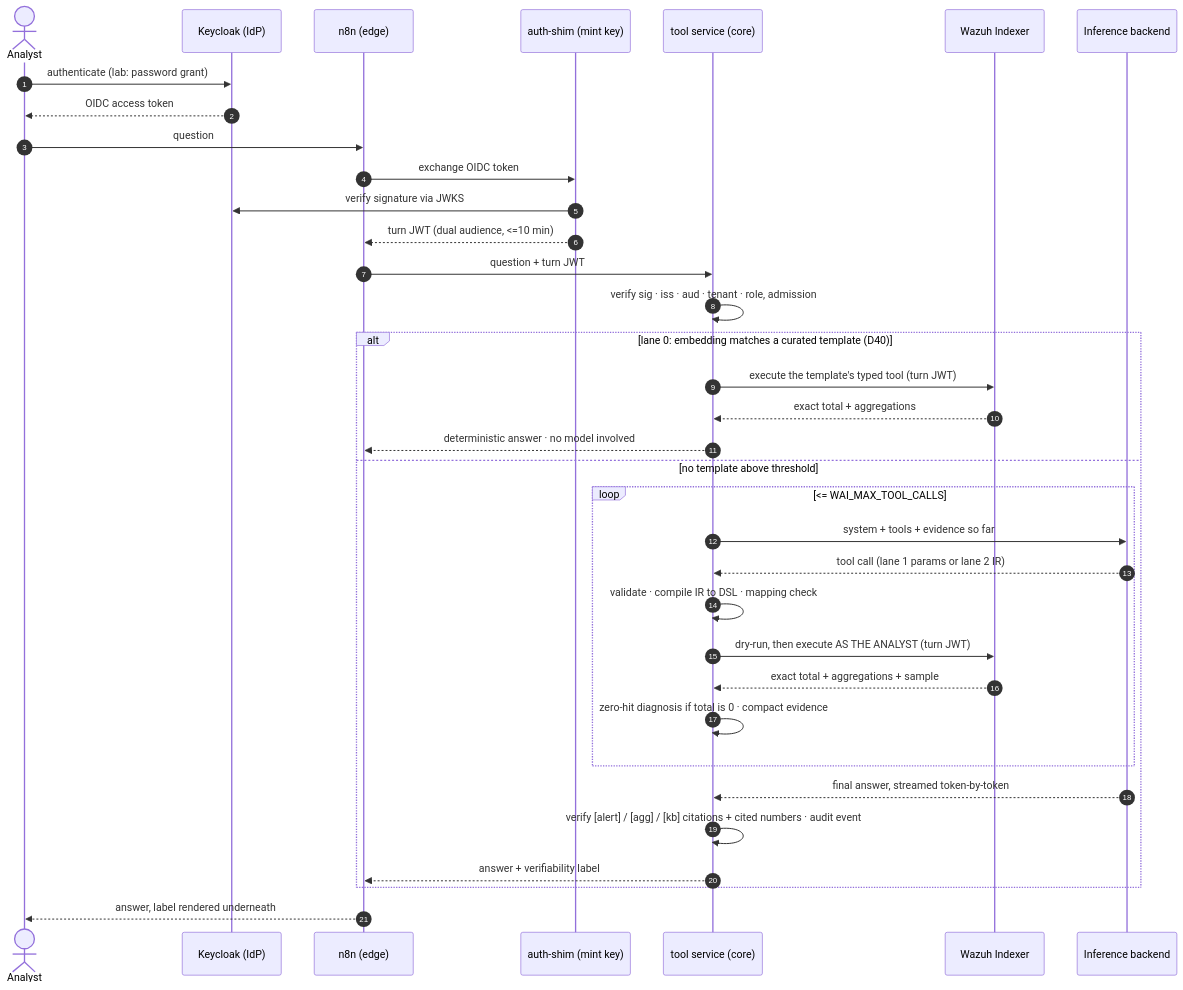
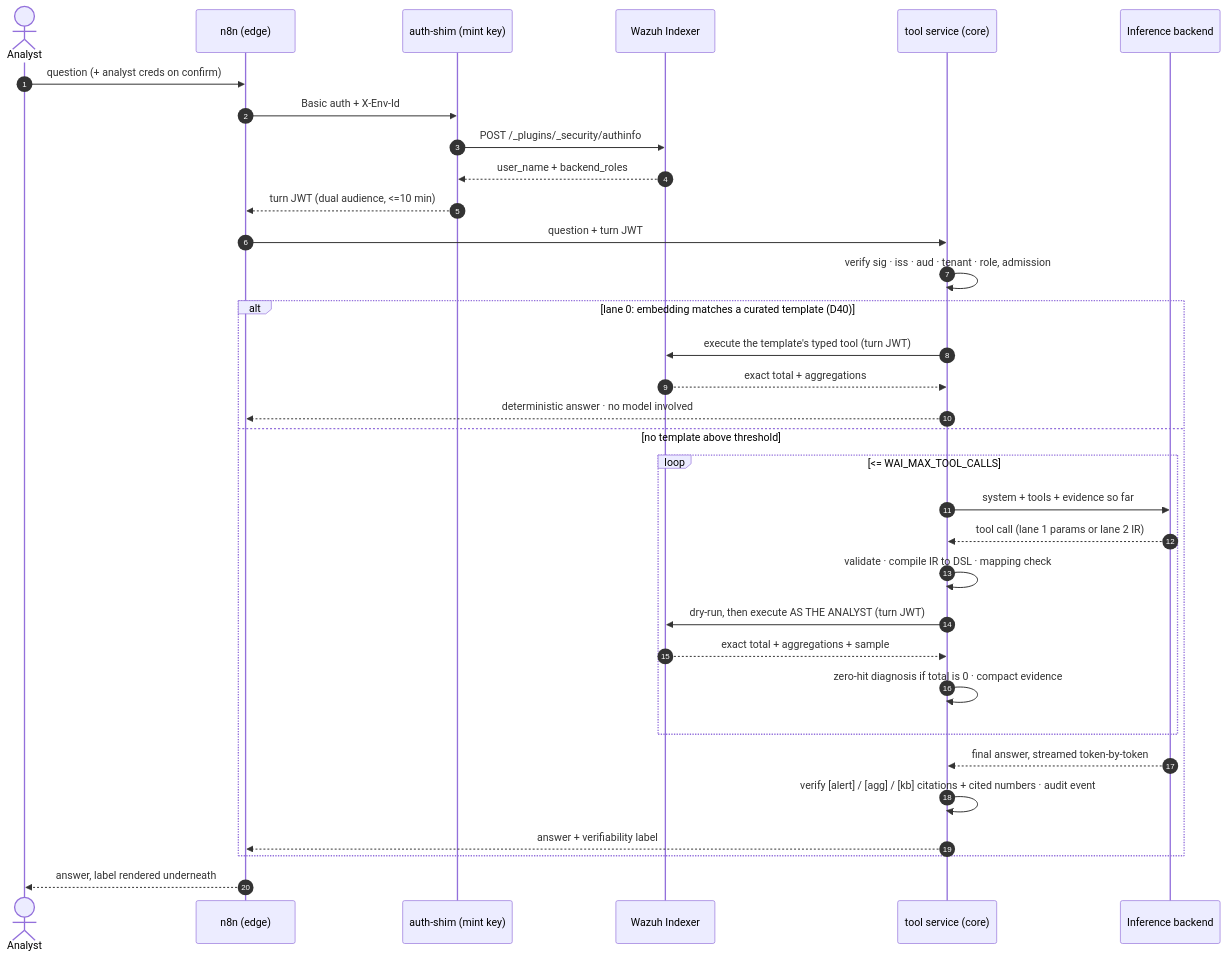
The third of 3 diagrams in integrations/ai-assistant/README.md (leonfullxr/Wazuh), drawn with Mermaid before and after one commit. The commit also changed other lines of this file and 49 other files, not shown here.

First line of the commit message:
feat(ai-assistant): V3.6 indexer authinfo identity and V3.7 domain context

````diff
--- a/integrations/ai-assistant/README.md
+++ b/integrations/ai-assistant/README.md
@@ -237,38 +236,36 @@
 ```mermaid
 sequenceDiagram
   autonumber
   actor A as Analyst
-  participant KC as Keycloak (IdP)
   participant N as n8n (edge)
   participant SH as auth-shim (mint key)
+  participant IX as Wazuh Indexer
   participant TS as tool service (core)
-  participant IX as Wazuh Indexer
   participant LLM as Inference backend
 
-  A->>KC: authenticate (lab: password grant)
-  KC-->>A: OIDC access token
-  A->>N: question
-  N->>SH: exchange OIDC token
-  SH->>KC: verify signature via JWKS
+  A->>N: question (+ analyst creds on confirm)
+  N->>SH: Basic auth + X-Env-Id
+  SH->>IX: POST /_plugins/_security/authinfo
+  IX-->>SH: user_name + backend_roles
   SH-->>N: turn JWT (dual audience, <=10 min)
   N->>TS: question + turn JWT
   TS->>TS: verify sig · iss · aud · tenant · role, admission
   alt lane 0: embedding matches a curated template (D40)
     TS->>IX: execute the template's typed tool (turn JWT)
     IX-->>TS: exact total + aggregations
     TS-->>N: deterministic answer · no model involved
   else no template above threshold
     loop <= WAI_MAX_TOOL_CALLS
       TS->>LLM: system + tools + evidence so far
       LLM-->>TS: tool call (lane 1 params or lane 2 IR)
       TS->>TS: validate · compile IR to DSL · mapping check
       TS->>IX: dry-run, then execute AS THE ANALYST (turn JWT)
       IX-->>TS: exact total + aggregations + sample
       TS->>TS: zero-hit diagnosis if total is 0 · compact evidence
     end
     LLM-->>TS: final answer, streamed token-by-token
     TS->>TS: verify [alert] / [agg] / [kb] citations + cited numbers · audit event
     TS-->>N: answer + verifiability label
   end
   N-->>A: answer, label rendered underneath
 ```
````
